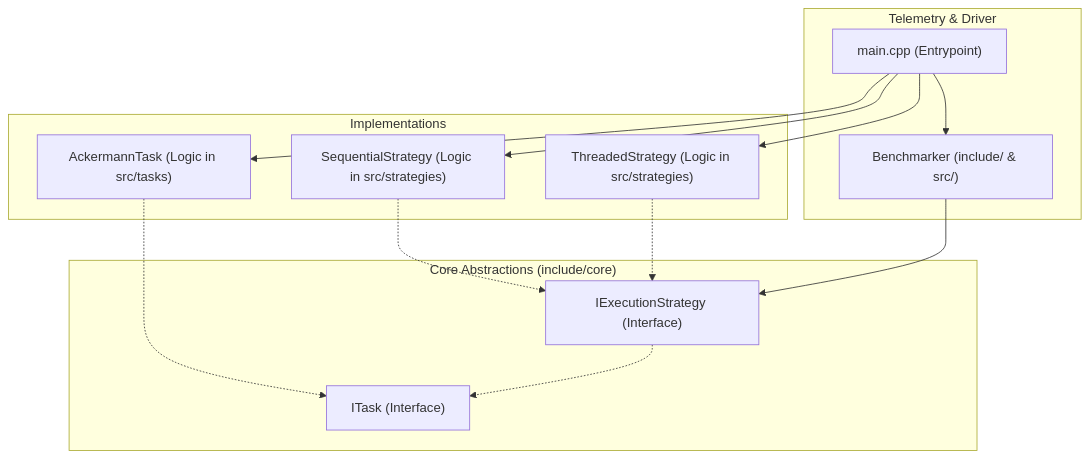
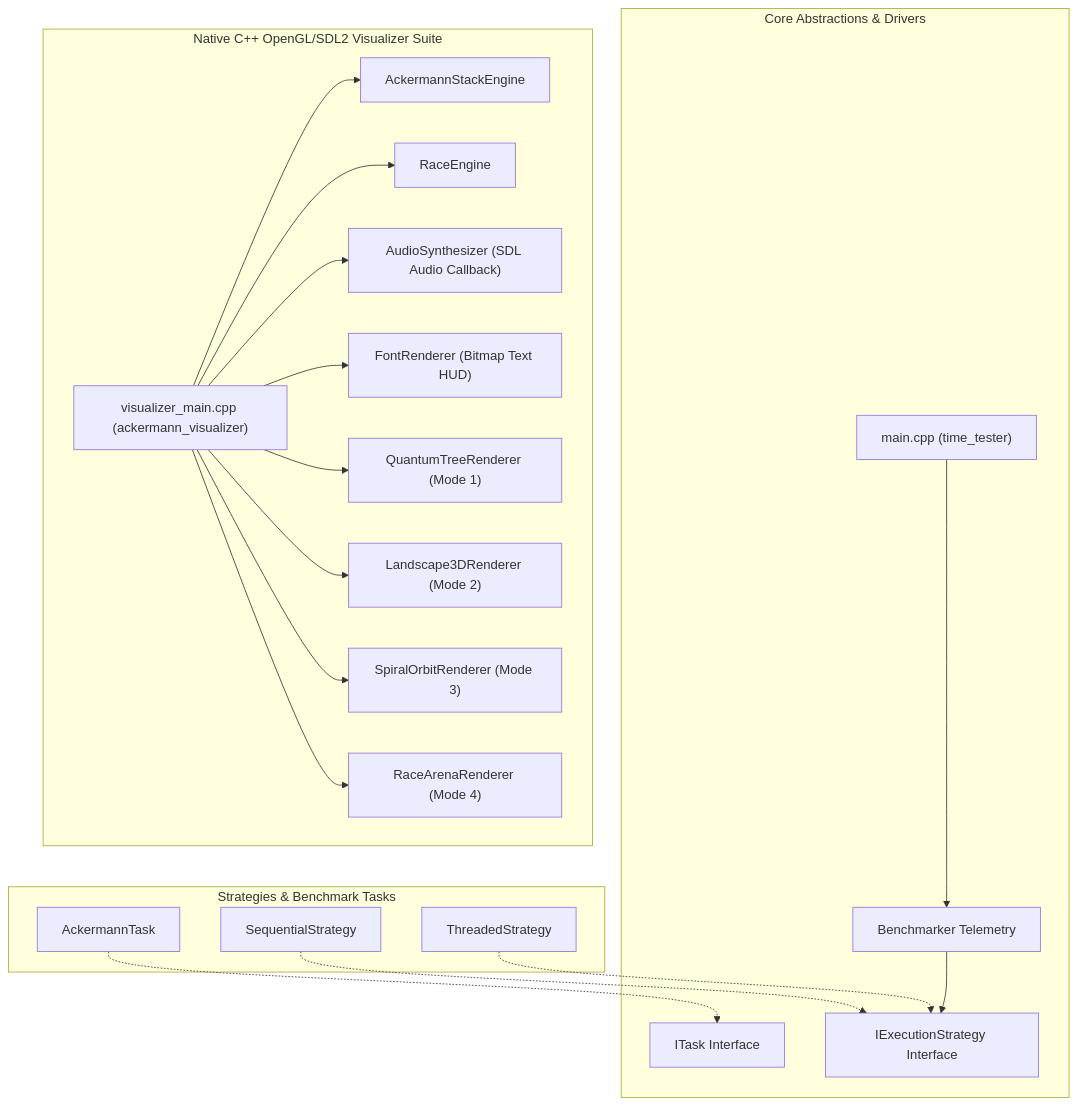
The second of 5 diagrams in README.md (AhmadHassan-BTed/ThreadRace), drawn with Mermaid before and after one commit. The commit also changed other lines of this file and 8 other files, not shown here.

Commit message:
docs: update project documentation, workflow, and visualizer assets for ThreadRace

````diff
--- a/README.md
+++ b/README.md
@@ -127,29 +219,44 @@
 ```mermaid
 %%{init: {'flowchart': {'curve': 'ortho'}}}%%
 flowchart TD
-    subgraph CoreAbstractions ["Core Abstractions (include/core)"]
-        ITask["ITask (Interface)"]
-        IExecutionStrategy["IExecutionStrategy (Interface)"]
+    subgraph CoreAbstractions ["Core Abstractions & Drivers"]
+        ITask["ITask Interface"]
+        IExecutionStrategy["IExecutionStrategy Interface"]
+        Benchmarker["Benchmarker Telemetry"]
+        Main["main.cpp (time_tester)"]
     end
 
-    subgraph Implementations ["Implementations"]
-        AckermannTask["AckermannTask (Logic in src/tasks)"]
-        SequentialStrategy["SequentialStrategy (Logic in src/strategies)"]
-        ThreadedStrategy["ThreadedStrategy (Logic in src/strategies)"]
+    subgraph StrategiesAndTasks ["Strategies & Benchmark Tasks"]
+        AckermannTask["AckermannTask"]
+        SequentialStrategy["SequentialStrategy"]
+        ThreadedStrategy["ThreadedStrategy"]
     end
 
-    subgraph Telemetry ["Telemetry & Driver"]
-        Benchmarker["Benchmarker (include/ & src/)"]
-        Main["main.cpp (Entrypoint)"]
+    subgraph VisualizerSuite ["Native C++ OpenGL/SDL2 Visualizer Suite"]
+        VisMain["visualizer_main.cpp (ackermann_visualizer)"]
+        StackEngine["AckermannStackEngine"]
+        RaceEngine["RaceEngine"]
+        AudioSynth["AudioSynthesizer (SDL Audio Callback)"]
+        FontRenderer["FontRenderer (Bitmap Text HUD)"]
+        
+        TreeRender["QuantumTreeRenderer (Mode 1)"]
+        LandRender["Landscape3DRenderer (Mode 2)"]
+        OrbitRender["SpiralOrbitRenderer (Mode 3)"]
+        ArenaRender["RaceArenaRenderer (Mode 4)"]
     end
 
     AckermannTask -.-> ITask
     SequentialStrategy -.-> IExecutionStrategy
     ThreadedStrategy -.-> IExecutionStrategy
     Benchmarker --> IExecutionStrategy
-    IExecutionStrategy -.-> ITask
     Main --> Benchmarker
-    Main --> AckermannTask
-    Main --> SequentialStrategy
-    Main --> ThreadedStrategy
+
+    VisMain --> StackEngine
+    VisMain --> RaceEngine
+    VisMain --> AudioSynth
+    VisMain --> FontRenderer
+    VisMain --> TreeRender
+    VisMain --> LandRender
+    VisMain --> OrbitRender
+    VisMain --> ArenaRender
 ```
````
